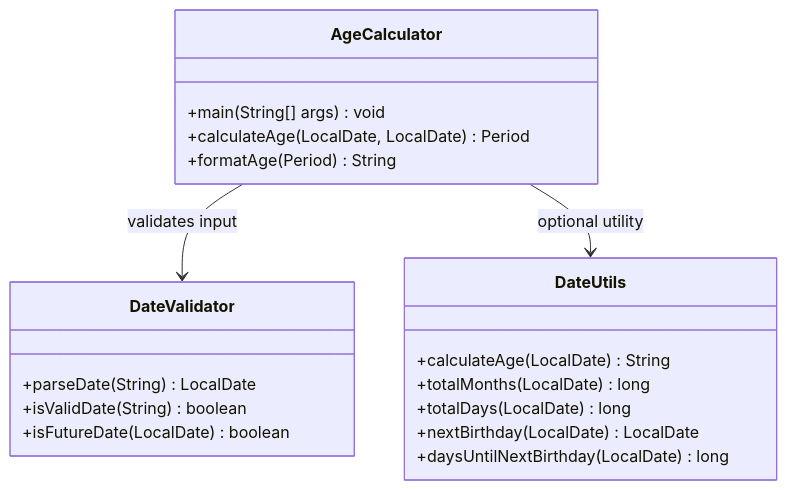
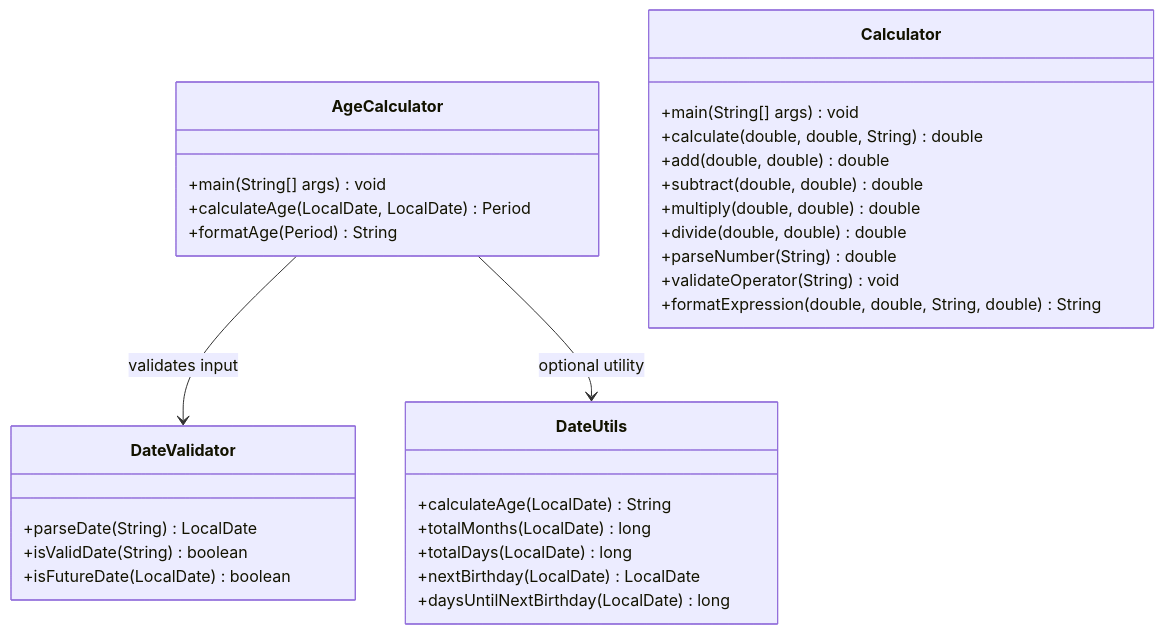
Before and after one commit to shaliniblitzy/13feb_1: the first of 3 diagrams in docs/architecture/overview.md, drawn with Mermaid. The commit also changed other lines of this file and 9 other files, not shown here.

````diff
--- a/docs/architecture/overview.md
+++ b/docs/architecture/overview.md
@@ -71,22 +73,33 @@
 ```mermaid
 classDiagram
     class AgeCalculator {
         +main(String[] args) void
         +calculateAge(LocalDate, LocalDate) Period
         +formatAge(Period) String
     }
     class DateValidator {
         +parseDate(String) LocalDate
         +isValidDate(String) boolean
         +isFutureDate(LocalDate) boolean
     }
     class DateUtils {
         +calculateAge(LocalDate) String
         +totalMonths(LocalDate) long
         +totalDays(LocalDate) long
         +nextBirthday(LocalDate) LocalDate
         +daysUntilNextBirthday(LocalDate) long
     }
+    class Calculator {
+        +main(String[] args) void
+        +calculate(double, double, String) double
+        +add(double, double) double
+        +subtract(double, double) double
+        +multiply(double, double) double
+        +divide(double, double) double
+        +parseNumber(String) double
+        +validateOperator(String) void
+        +formatExpression(double, double, String, double) String
+    }
     AgeCalculator --> DateValidator : validates input
     AgeCalculator --> DateUtils : optional utility
 ```
````
